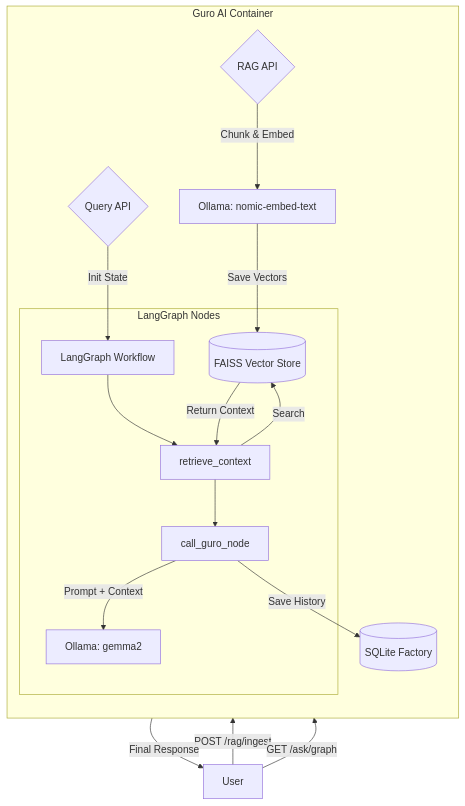
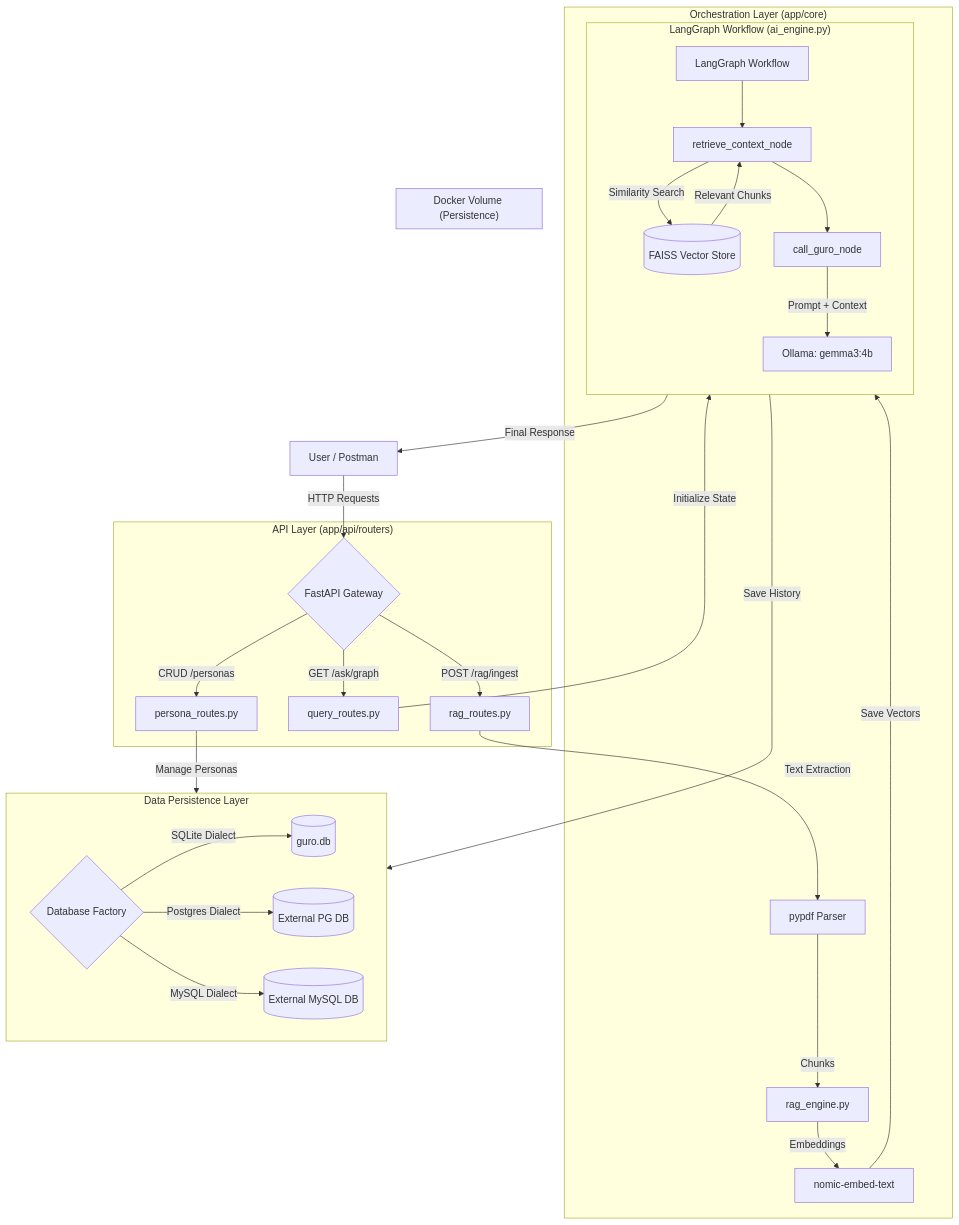
The diagram in README.md (Rev-Santiago/Rev-AI-Training), drawn with Mermaid before and after one commit.

Commit message:
feat: Update architecture flow in README with enhanced API and orchestration details

````diff
--- a/README.md
+++ b/README.md
@@ -51,26 +51,51 @@
 ```mermaid
 graph TD
-    User[User] -->|POST /rag/ingest| API_Ingest{RAG API}
-    User -->|GET /ask/graph| API_Query{Query API}
-    
-    subgraph "Guro AI Container"
-        direction TB
-        API_Ingest -->|Chunk & Embed| Embed[Ollama: nomic-embed-text]
-        Embed -->|Save Vectors| FAISS[(FAISS Vector Store)]
+    %% User Interactors
+    User[User / Postman] -->|HTTP Requests| API_Gateway{FastAPI Gateway}
+
+    %% API Layer (Routers)
+    subgraph "API Layer (app/api/routers)"
+        API_Gateway -->|POST /rag/ingest| RAG_Route[rag_routes.py]
+        API_Gateway -->|GET /ask/graph| Query_Route[query_routes.py]
+        API_Gateway -->|CRUD /personas| Persona_Route[persona_routes.py]
+    end
+
+    %% Core Logic & Orchestration
+    subgraph "Orchestration Layer (app/core)"
+        Query_Route -->|Initialize State| Graph[LangGraph Workflow]
         
-        API_Query -->|Init State| Graph[LangGraph Workflow]
-        
-        subgraph "LangGraph Nodes"
-            Graph --> Node_Ret[retrieve_context]
-            Node_Ret -->|Search| FAISS
-            FAISS -->|Return Context| Node_Ret
+        subgraph "LangGraph Workflow (ai_engine.py)"
+            direction TB
+            Graph --> Node_Ret[retrieve_context_node]
+            Node_Ret -->|Similarity Search| FAISS
+            FAISS -->|Relevant Chunks| Node_Ret
             
             Node_Ret --> Node_Gen[call_guro_node]
-            Node_Gen -->|Prompt + Context| LLM[Ollama: gemma2]
+            Node_Gen -->|Prompt + Context| LLM[Ollama: gemma3:4b]
         end
+
+        RAG_Route -->|Text Extraction| PyPDF[pypdf Parser]
+        PyPDF -->|Chunks| RAG_Eng[rag_engine.py]
+        RAG_Eng -->|Embeddings| Nom_Embed[nomic-embed-text]
+        Nom_Embed -->|Save Vectors| FAISS[(FAISS Vector Store)]
+    end
+
+    %% Persistence Layer
+    subgraph "Data Persistence Layer"
+        direction LR
+        Node_Gen -->|Save History| DB_Factory{Database Factory}
+        Persona_Route -->|Manage Personas| DB_Factory
         
-        Node_Gen -->|Save History| DB[(SQLite Factory)]
+        DB_Factory -->|SQLite Dialect| SQLite[(guro.db)]
+        DB_Factory -->|Postgres Dialect| Postgres[(External PG DB)]
+        DB_Factory -->|MySQL Dialect| MySQL[(External MySQL DB)]
     end
-    
+
+    %% Docker Volume Mapping
+    subgraph "Docker Volume (Persistence)"
+        SQLite
+        FAISS
+    end
+
     LLM -->|Final Response| User
 ```
````
